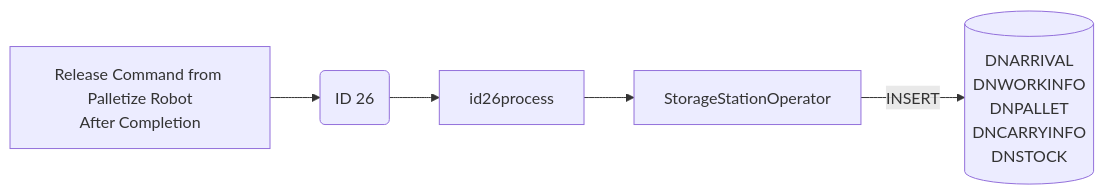
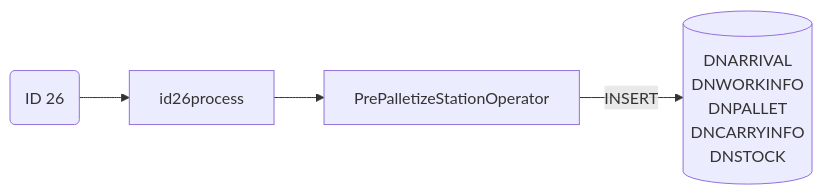
The fifth of 26 diagrams in Basic-Design/DFD-WMS/Storage/Palletizing-Settting/Palletize-Start.md (luthfiadityaa/SimeDarby-Wiki), drawn with Mermaid before and after one commit. The commit also changed other lines of this file, not shown here.

Commit message:
Updated Palletize Start

```diff
--- a/Basic-Design/DFD-WMS/Storage/Palletizing-Settting/Palletize-Start.md
+++ b/Basic-Design/DFD-WMS/Storage/Palletizing-Settting/Palletize-Start.md
@@ -198,25 +200,20 @@
 ::: mermaid
 flowchart LR
-
-releaseCommand["
-Release Command from Palletize Robot
-After Completion 
-"]
 
 id26msg("
 ID 26
 ")
 
 id26-insert[("
    DNARRIVAL
    DNWORKINFO
    DNPALLET
    DNCARRYINFO
    DNSTOCK		
 ")]
 
-storageStationOperator[StorageStationOperator]
+prePalletizeStationOperator[PrePalletizeStationOperator]
 
-releaseCommand-->id26msg-->id26process-->storageStationOperator
-storageStationOperator--> |INSERT| id26-insert
+id26msg-->id26process-->prePalletizeStationOperator
+prePalletizeStationOperator--> |INSERT| id26-insert
 :::
```
